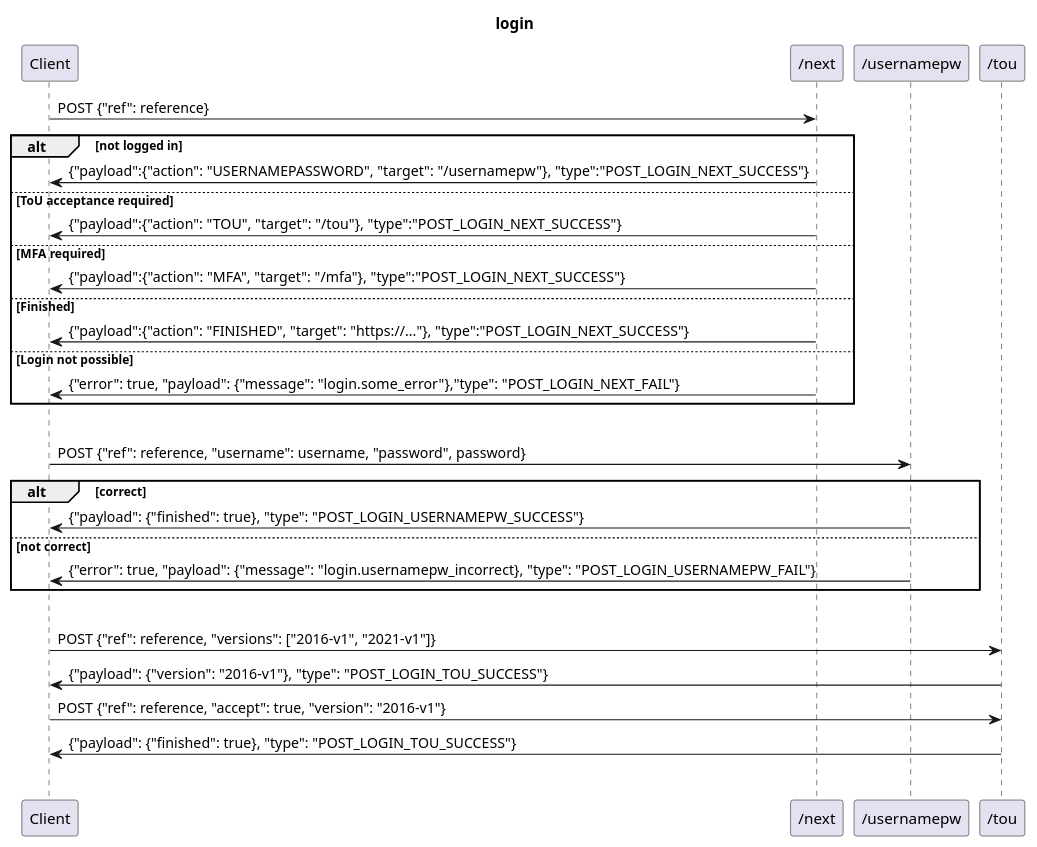
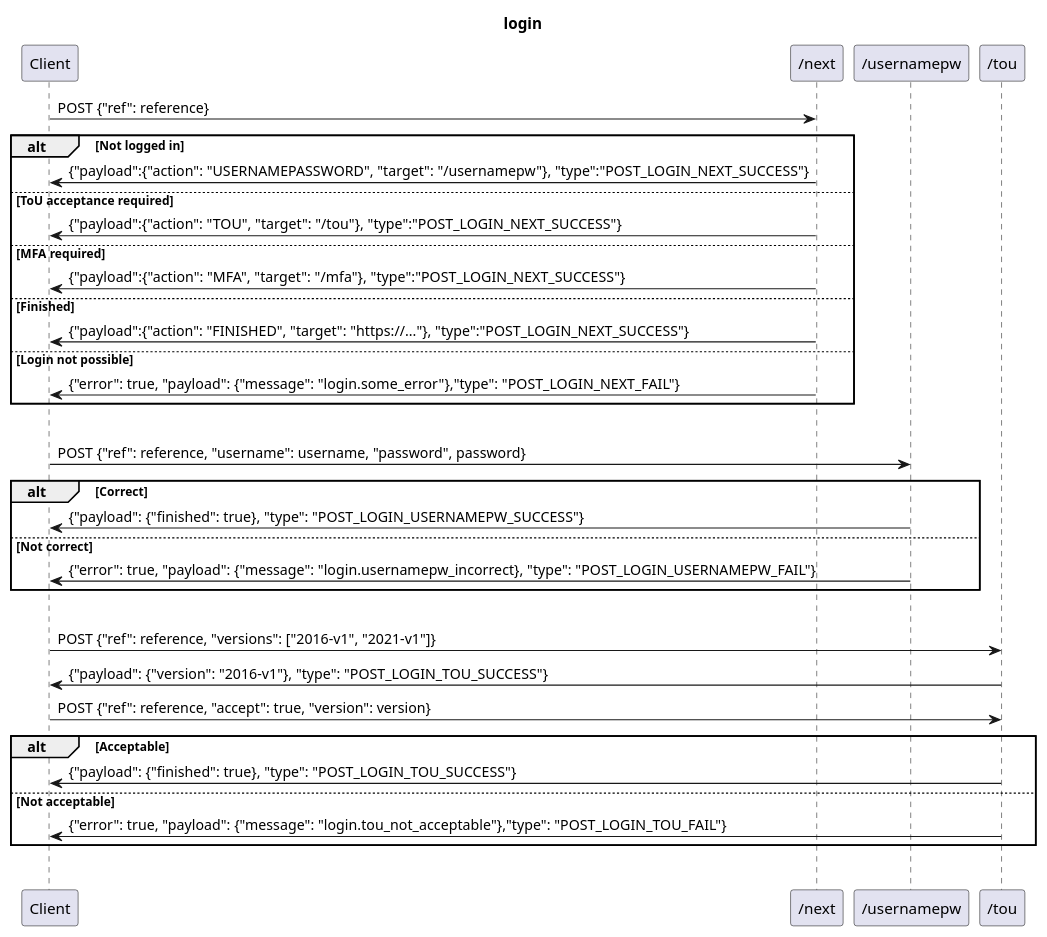
The diagram in doc/login.puml (SUNET/eduid-backend), drawn with PlantUML before and after one commit. The commit also changed 1 other file, not shown here.

Commit message:
add tou error example

```diff
--- a/doc/login.puml
+++ b/doc/login.puml
@@ -1,34 +1,38 @@
 @startuml
 title login
 
 Client->"/next": POST {"ref": reference}
-alt not logged in
+alt Not logged in
     "/next"->Client: {"payload":{"action": "USERNAMEPASSWORD", "target": "/usernamepw"}, "type":"POST_LOGIN_NEXT_SUCCESS"}
 else ToU acceptance required
     "/next"->Client: {"payload":{"action": "TOU", "target": "/tou"}, "type":"POST_LOGIN_NEXT_SUCCESS"}
 else MFA required
     "/next"->Client: {"payload":{"action": "MFA", "target": "/mfa"}, "type":"POST_LOGIN_NEXT_SUCCESS"}
 else Finished
     "/next"->Client: {"payload":{"action": "FINISHED", "target": "https://..."}, "type":"POST_LOGIN_NEXT_SUCCESS"}
 else Login not possible
     "/next"->Client: {"error": true, "payload": {"message": "login.some_error"},"type": "POST_LOGIN_NEXT_FAIL"}
 end
 |||
 
 Client->"/usernamepw": POST {"ref": reference, "username": username, "password", password}
-alt correct
+alt Correct
     "/usernamepw"->Client: {"payload": {"finished": true}, "type": "POST_LOGIN_USERNAMEPW_SUCCESS"}
-else not correct
+else Not correct
     "/usernamepw"->Client: {"error": true, "payload": {"message": "login.usernamepw_incorrect}, "type": "POST_LOGIN_USERNAMEPW_FAIL"}
 end
 |||
 
 Client->"/tou": POST {"ref": reference, "versions": ["2016-v1", "2021-v1"]}
 "/tou"->Client: {"payload": {"version": "2016-v1"}, "type": "POST_LOGIN_TOU_SUCCESS"}
 
 
-Client->"/tou": POST {"ref": reference, "accept": true, "version": "2016-v1"}
-"/tou"->Client: {"payload": {"finished": true}, "type": "POST_LOGIN_TOU_SUCCESS"}
+Client->"/tou": POST {"ref": reference, "accept": true, "version": version}
+alt Acceptable
+    "/tou"->Client: {"payload": {"finished": true}, "type": "POST_LOGIN_TOU_SUCCESS"}
+else Not acceptable
+    "/tou"->Client: {"error": true, "payload": {"message": "login.tou_not_acceptable"},"type": "POST_LOGIN_TOU_FAIL"}
+end
 |||
 
 @enduml
```
